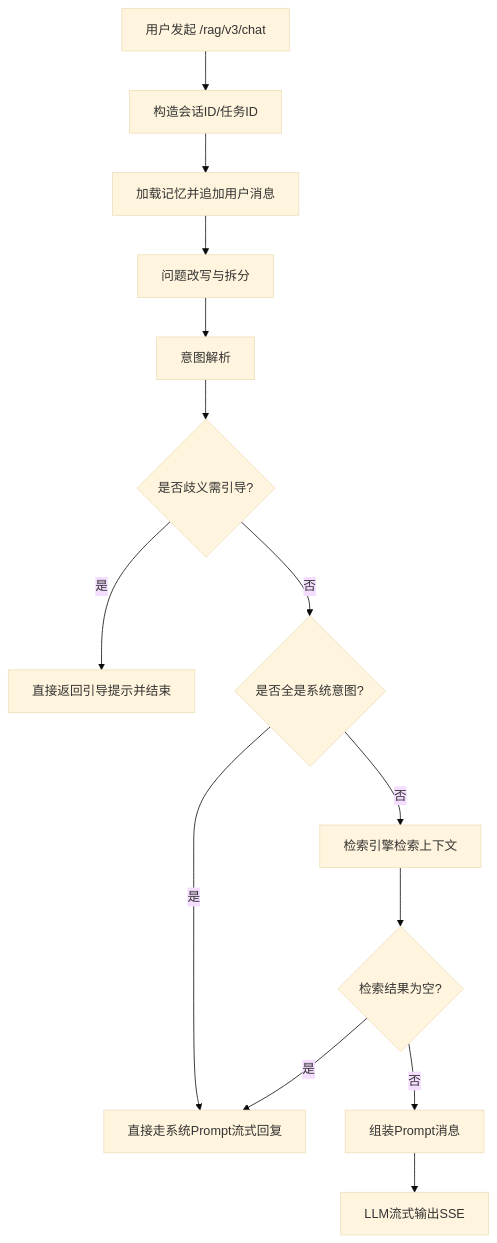
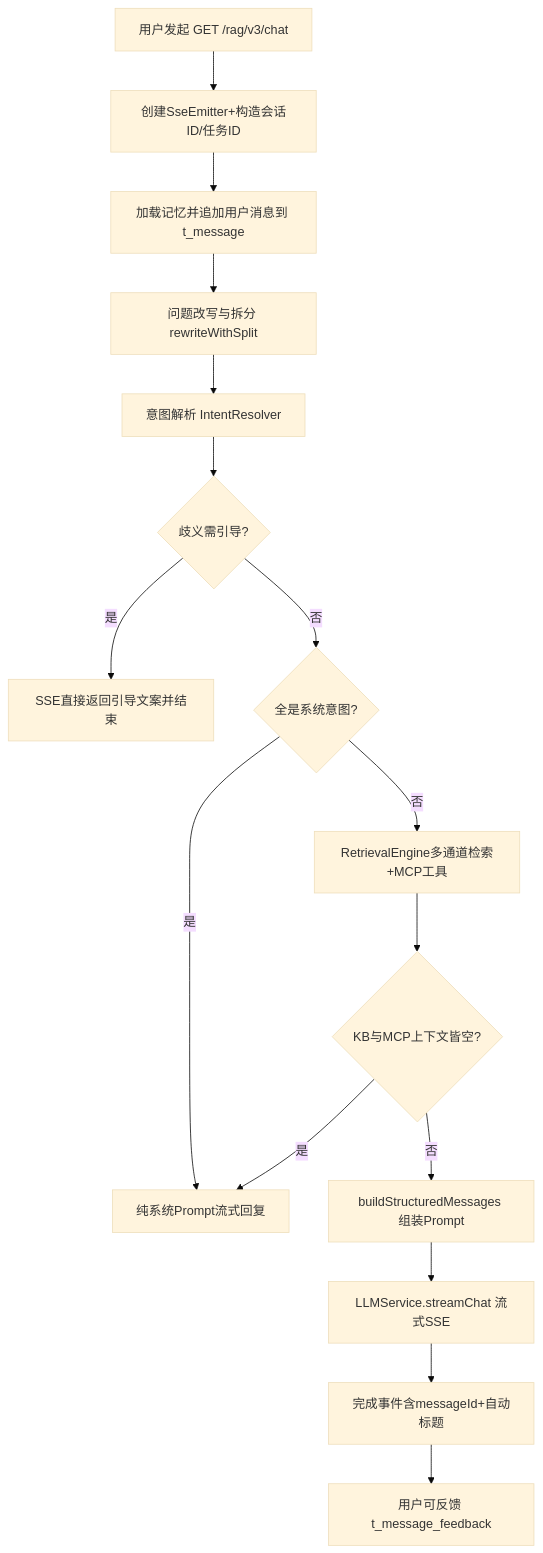
Before and after one commit to ajaxpppp/Sage-RAG: the second of 7 diagrams in docs/Ragent业务详解.md, drawn with Mermaid (base theme). The commit also changed other lines of this file and 23 other files, not shown here.

````diff
--- a/docs/Ragent业务详解.md
+++ b/docs/Ragent业务详解.md
@@ -38,16 +61,18 @@
 ```mermaid
 flowchart TD
-    A[用户发起 /rag/v3/chat] --> B[构造会话ID/任务ID]
-    B --> C[加载记忆并追加用户消息]
-    C --> D[问题改写与拆分]
-    D --> E[意图解析]
-    E --> F{是否歧义需引导?}
-    F -- 是 --> G[直接返回引导提示并结束]
-    F -- 否 --> H{是否全是系统意图?}
-    H -- 是 --> I[直接走系统Prompt流式回复]
-    H -- 否 --> J[检索引擎检索上下文]
-    J --> K{检索结果为空?}
+    A[用户发起 GET /rag/v3/chat] --> B[创建SseEmitter+构造会话ID/任务ID]
+    B --> C[加载记忆并追加用户消息到 t_message]
+    C --> D[问题改写与拆分 rewriteWithSplit]
+    D --> E[意图解析 IntentResolver]
+    E --> F{歧义需引导?}
+    F -- 是 --> G[SSE直接返回引导文案并结束]
+    F -- 否 --> H{全是系统意图?}
+    H -- 是 --> I[纯系统Prompt流式回复]
+    H -- 否 --> J[RetrievalEngine多通道检索+MCP工具]
+    J --> K{KB与MCP上下文皆空?}
     K -- 是 --> I
-    K -- 否 --> L[组装Prompt消息]
-    L --> M[LLM流式输出SSE]
+    K -- 否 --> L[buildStructuredMessages 组装Prompt]
+    L --> M[LLMService.streamChat 流式SSE]
+    M --> N[完成事件含messageId+自动标题]
+    N --> O[用户可反馈 t_message_feedback]
 ```
````
